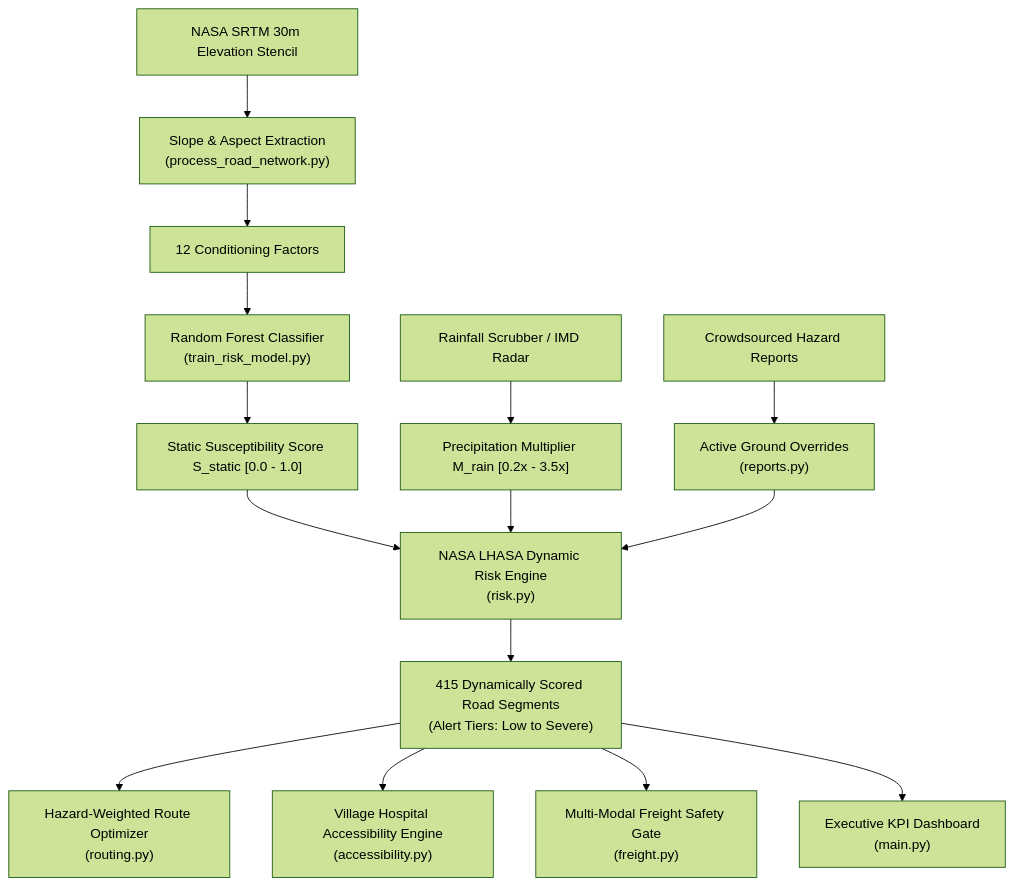
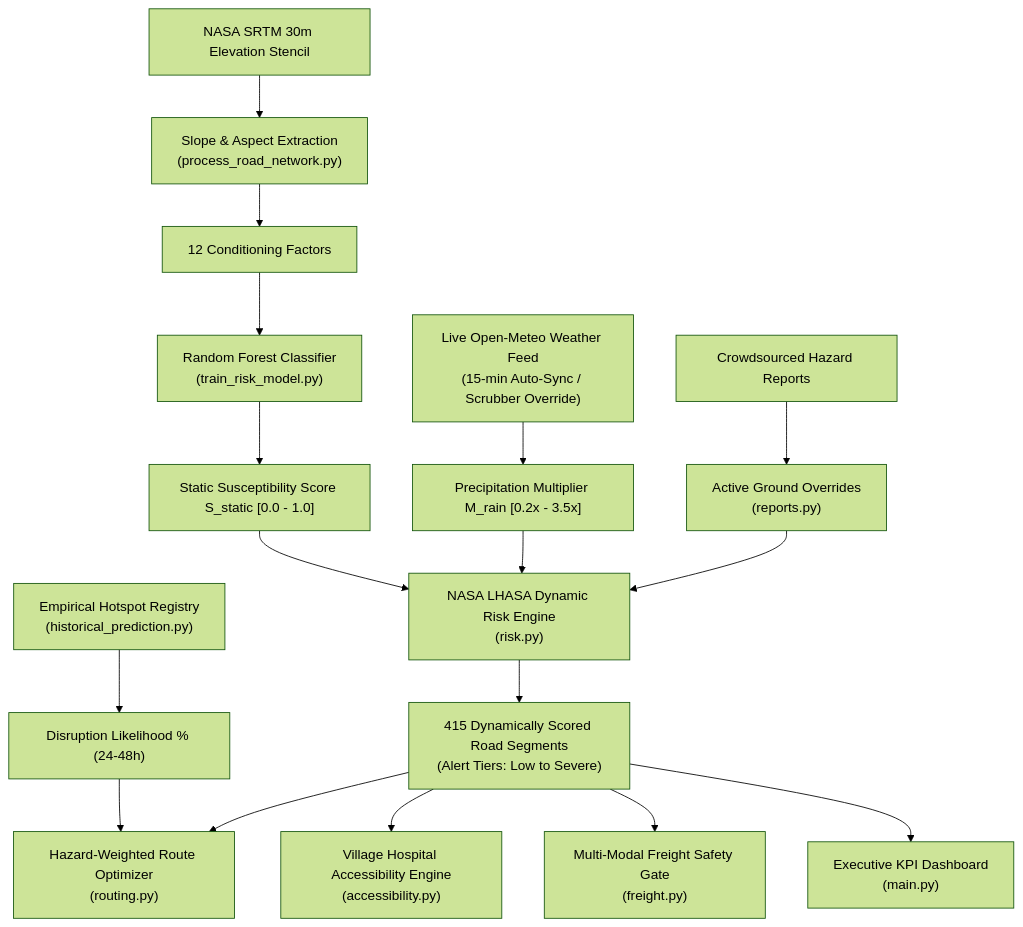
The diagram in SETUMARG_COMPLETE_GUIDE.md (Deeppatil-AI/SETUMARG), drawn with Mermaid (forest theme) before and after one commit. The commit also changed other lines of this file and 14 other files, not shown here.

Commit message:
feat: implement live weather ingestion, auto-recompute, historical failure predictions, and transparent provenance (Stages 1-5)

````diff
--- a/SETUMARG_COMPLETE_GUIDE.md
+++ b/SETUMARG_COMPLETE_GUIDE.md
@@ -23,17 +23,19 @@
 ```mermaid
 graph TD
     A["NASA SRTM 30m Elevation Stencil"] --> B["Slope & Aspect Extraction\n(process_road_network.py)"]
     B --> C["12 Conditioning Factors"]
     C --> D["Random Forest Classifier\n(train_risk_model.py)"]
     D --> E["Static Susceptibility Score S_static [0.0 - 1.0]"]
-    F["Rainfall Scrubber / IMD Radar"] --> G["Precipitation Multiplier M_rain [0.2x - 3.5x]"]
+    F["Live Open-Meteo Weather Feed\n(15-min Auto-Sync / Scrubber Override)"] --> G["Precipitation Multiplier M_rain [0.2x - 3.5x]"]
     H["Crowdsourced Hazard Reports"] --> I["Active Ground Overrides\n(reports.py)"]
+    P["Empirical Hotspot Registry\n(historical_prediction.py)"] --> Q["Disruption Likelihood % (24-48h)"]
     E --> J["NASA LHASA Dynamic Risk Engine\n(risk.py)"]
     G --> J
     I --> J
     J --> K["415 Dynamically Scored Road Segments\n(Alert Tiers: Low to Severe)"]
     K --> L["Hazard-Weighted Route Optimizer\n(routing.py)"]
+    Q --> L
     K --> M["Village Hospital Accessibility Engine\n(accessibility.py)"]
     K --> N["Multi-Modal Freight Safety Gate\n(freight.py)"]
     K --> O["Executive KPI Dashboard\n(main.py)"]
 ```
````
